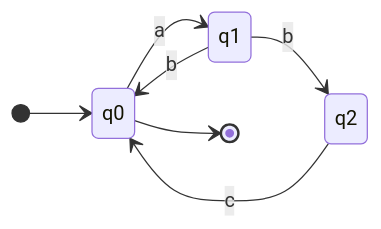
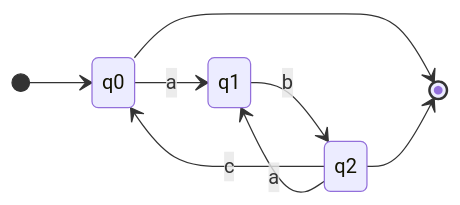
Before and after one commit to lelongc/rac: the seventh of 11 diagrams in iuh/môn/hk1-4/automat/3-4/giai_bai_tap_nfa.md, drawn with Mermaid. The commit also changed other lines of this file and 11 other files, not shown here.

````diff
--- a/iuh/môn/hk1-4/automat/3-4/giai_bai_tap_nfa.md
+++ b/iuh/môn/hk1-4/automat/3-4/giai_bai_tap_nfa.md
@@ -250,10 +468,11 @@
 ```mermaid
 stateDiagram-v2
     direction LR
     [*] --> q0
     q0 --> q1: a
-    q1 --> q0: b
     q1 --> q2: b
     q2 --> q0: c
+    q2 --> q1: a
     q0 --> [*]
+    q2 --> [*]
 ```
````
